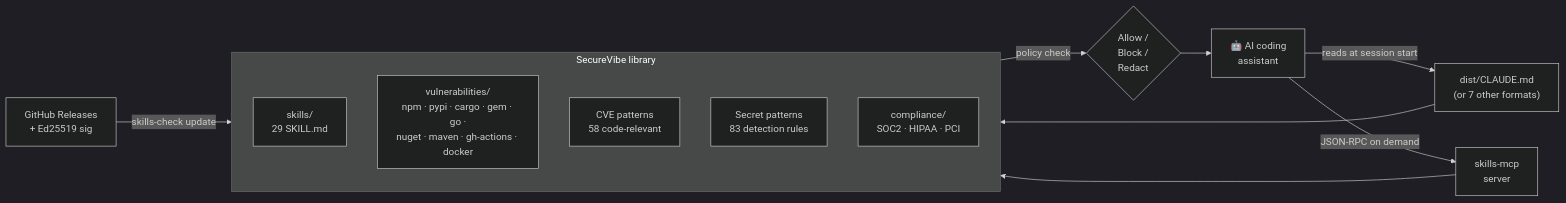
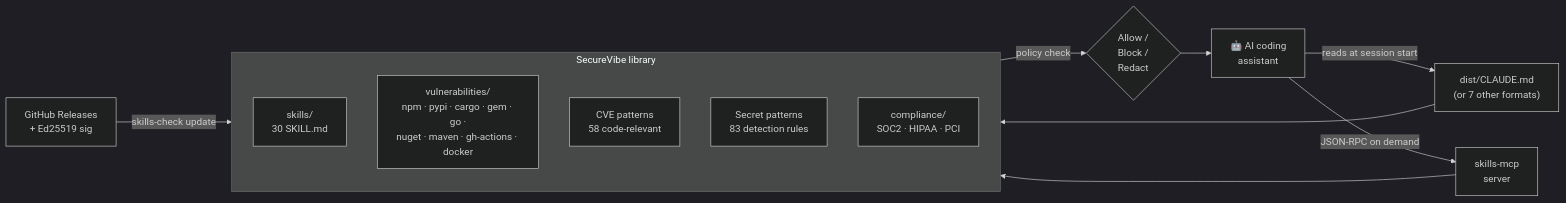
One commit to ShieldNet-360/securevibe changed the diagram in docs/index.md. Above: the diagram before and after it, drawn with Mermaid (dark theme). The commit also changed other lines of this file and 27 other files, not shown here.

First line of the commit message:
feat(skills): add dynamic-verification skill for the verify lane

````diff
--- a/docs/index.md
+++ b/docs/index.md
@@ -96,18 +96,18 @@
 ``` mermaid
 flowchart LR
     AI["🤖 AI coding<br/>assistant"] -->|reads at session start| DIST["dist/CLAUDE.md<br/>(or 7 other formats)"]
     AI -->|JSON-RPC on demand| MCP["skills-mcp<br/>server"]
     subgraph LIB [" SecureVibe library "]
         direction TB
-        SK["skills/<br/>29 SKILL.md"]
+        SK["skills/<br/>30 SKILL.md"]
         VU["vulnerabilities/<br/>npm · pypi · cargo · gem · go ·<br/>nuget · maven · gh-actions · docker"]
         CV["CVE patterns<br/>58 code-relevant"]
         SECRETS["Secret patterns<br/>83 detection rules"]
         CO["compliance/<br/>SOC2 · HIPAA · PCI"]
     end
     DIST --> LIB
     MCP --> LIB
     REL["GitHub Releases<br/>+ Ed25519 sig"] -->|skills-check update| LIB
     LIB -->|policy check| DEC{"Allow /<br/>Block /<br/>Redact"}
     DEC --> AI
 ```
````
